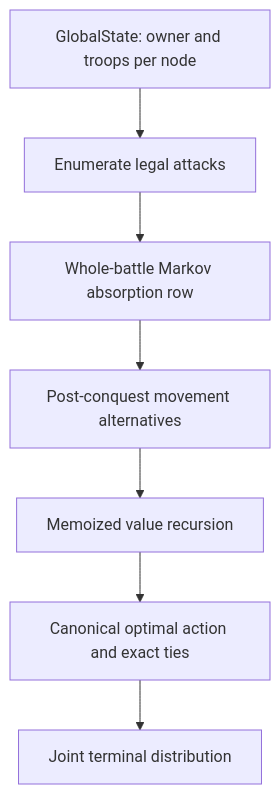
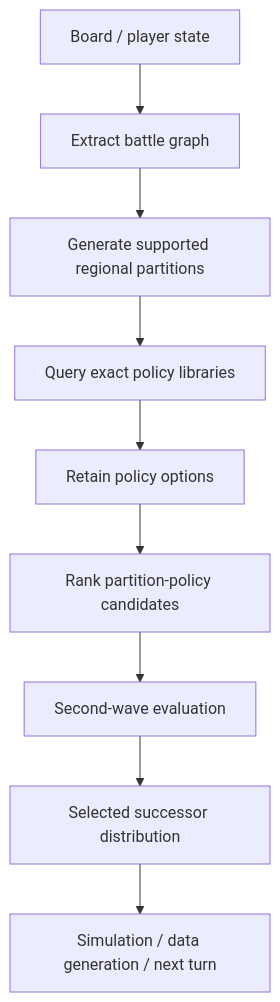
The third of 4 diagrams in docs/architecture.md (IkonRules/risk-strategy-optimization), drawn with Mermaid before and after one commit. The commit also changed other lines of this file and 85 other files, not shown here.

````diff
--- a/docs/architecture.md
+++ b/docs/architecture.md
@@ -7,9 +936,21 @@
 ```mermaid
 flowchart TD
-    S["GlobalState: owner and troops per node"] --> A["Enumerate legal attacks"]
-    A --> K["Whole-battle Markov absorption row"]
-    K --> M["Post-conquest movement alternatives"]
-    M --> R["Memoized value recursion"]
-    R --> P["Canonical optimal action and exact ties"]
-    P --> D["Joint terminal distribution"]
+    B["Board / player state"]
+    G["Extract battle graph"]
+    P["Generate supported regional partitions"]
+    L["Query exact policy libraries"]
+    O["Retain policy options"]
+    R["Rank partition-policy candidates"]
+    W["Second-wave evaluation"]
+    D["Selected successor distribution"]
+    N["Simulation / data generation / next turn"]
+
+    B --> G
+    G --> P
+    P --> L
+    L --> O
+    O --> R
+    R --> W
+    W --> D
+    D --> N
 ```
````
